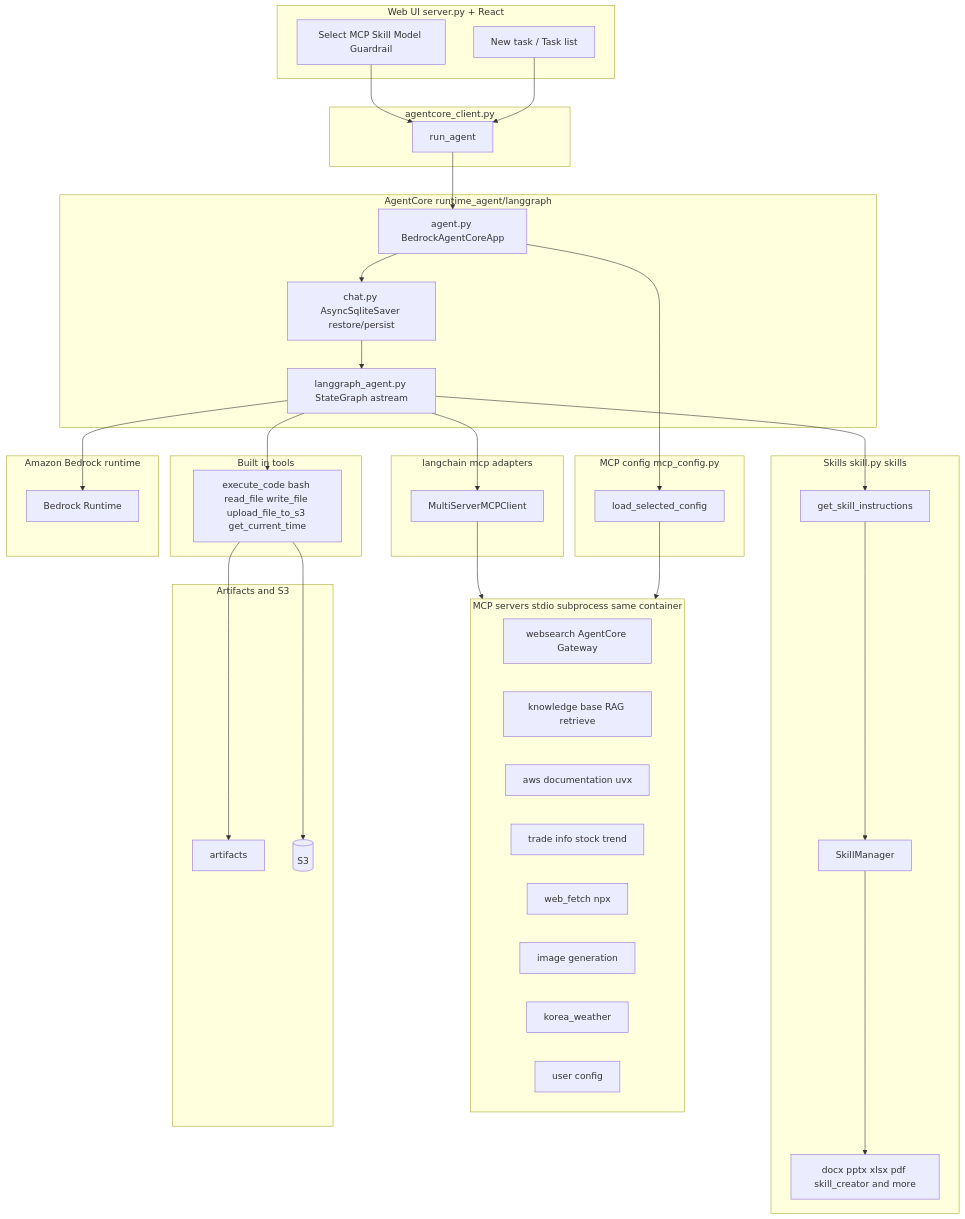
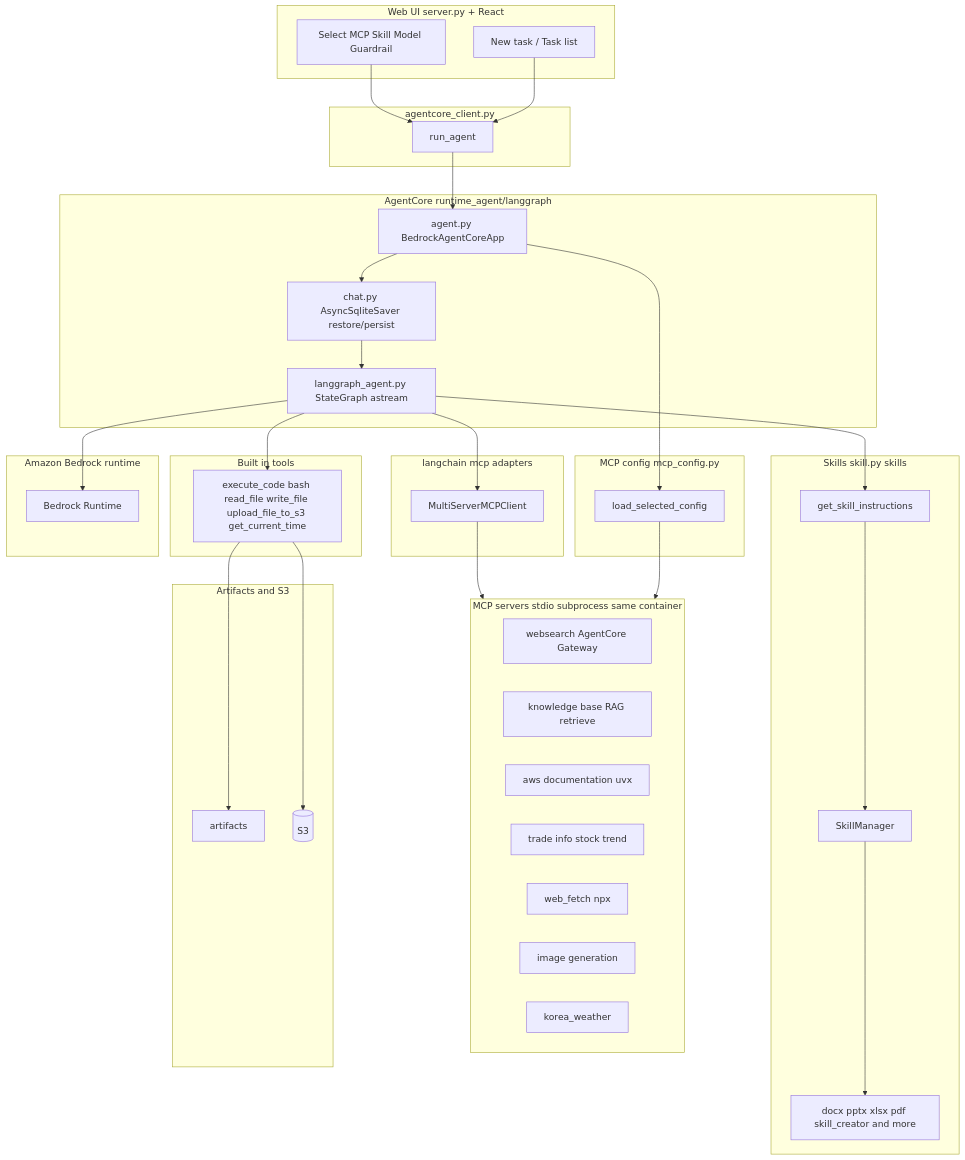
The first of 3 diagrams in README.md (kyopark2014/langgraph-runtime), drawn with Mermaid before and after one commit. The commit also changed other lines of this file and 3 other files, not shown here.

````diff
--- a/README.md
+++ b/README.md
@@ -21,76 +21,75 @@
 ```mermaid
 flowchart TB
   subgraph UI["Web UI server.py + React"]
     TASK["New task / Task list"]
     SEL["Select MCP Skill Model Guardrail"]
   end
 
   subgraph Client["agentcore_client.py"]
     RA[run_agent]
   end
 
   subgraph Runtime["AgentCore runtime_agent/langgraph"]
     AG["agent.py BedrockAgentCoreApp"]
     CHAT["chat.py AsyncSqliteSaver restore/persist"]
     LGA["langgraph_agent.py StateGraph astream"]
   end
 
   subgraph BuiltIn["Built in tools"]
     LGB["execute_code bash read_file write_file upload_file_to_s3 get_current_time"]
   end
 
   subgraph Skills["Skills skill.py skills"]
     SKM[SkillManager]
     SKT[get_skill_instructions]
     SKD["docx pptx xlsx pdf skill_creator and more"]
   end
 
   subgraph MCPConfig["MCP config mcp_config.py"]
     LSC[load_selected_config]
   end
 
   subgraph MCPLocal["MCP servers stdio subprocess same container"]
     WS["websearch AgentCore Gateway"]
     KB["knowledge base RAG retrieve"]
     AD["aws documentation uvx"]
     TI["trade info stock trend"]
     WF["web_fetch npx"]
     IG[image generation]
     KW[korea_weather]
-    UC["user config"]
   end
 
   subgraph MCPClient["langchain mcp adapters"]
     LGM[MultiServerMCPClient]
   end
 
   subgraph LLM["Amazon Bedrock runtime"]
     BR[Bedrock Runtime]
   end
 
   subgraph Storage["Artifacts and S3"]
     ART[artifacts]
     S3[(S3)]
   end
 
   TASK --> RA
   SEL --> RA
 
   RA --> AG
   AG --> CHAT
   CHAT --> LGA
   LGA --> BR
   LGA --> LGB
   LGA --> LGM
   LGA --> SKT
 
   SKT --> SKM
   SKM --> SKD
 
   AG --> LSC
   LSC --> MCPLocal
   LGM --> MCPLocal
 
   LGB --> ART
   LGB --> S3
 ```
````
